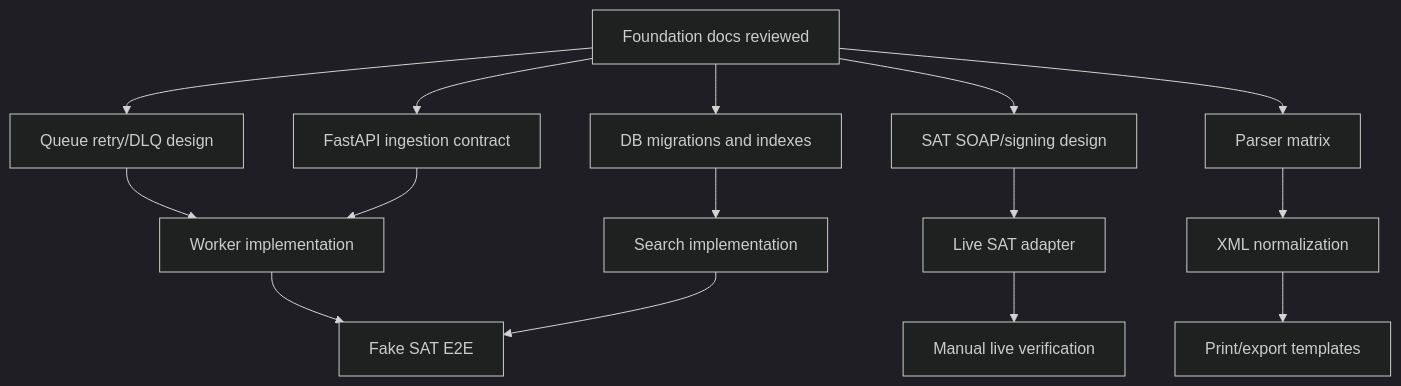
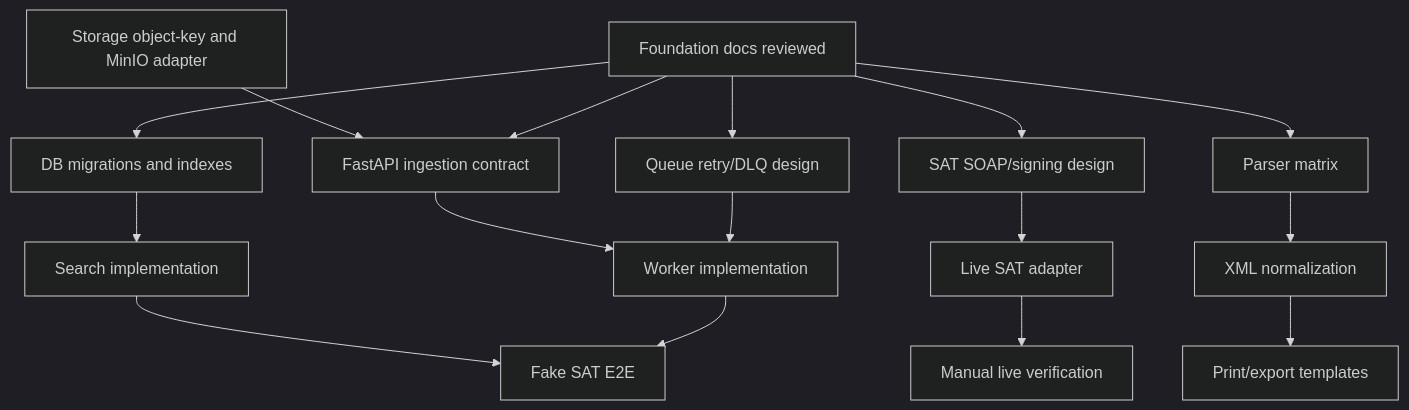
One commit to Crls8a/cfdi-vault-mx changed the diagram in docs/foundation/delegation-plan.md. Above: the diagram before and after it, drawn with Mermaid (dark theme). The commit also changed other lines of this file and 10 other files, not shown here.

Commit message:
docs(architecture): map module responsibilities and execution plan

````diff
--- a/docs/foundation/delegation-plan.md
+++ b/docs/foundation/delegation-plan.md
@@ -7,17 +7,18 @@
 ```mermaid
 flowchart TD
     F["Foundation docs reviewed"] --> DB["DB migrations and indexes"]
     F --> Q["Queue retry/DLQ design"]
     F --> API["FastAPI ingestion contract"]
     F --> SAT["SAT SOAP/signing design"]
     F --> Parser["Parser matrix"]
     DB --> Search["Search implementation"]
     Q --> Workers["Worker implementation"]
     API --> Workers
     SAT --> Live["Live SAT adapter"]
     Parser --> XML["XML normalization"]
+    Storage["Storage object-key and MinIO adapter"] --> API
     XML --> Print["Print/export templates"]
     Workers --> E2E["Fake SAT E2E"]
     Search --> E2E
     Live --> Manual["Manual live verification"]
 ```
````
